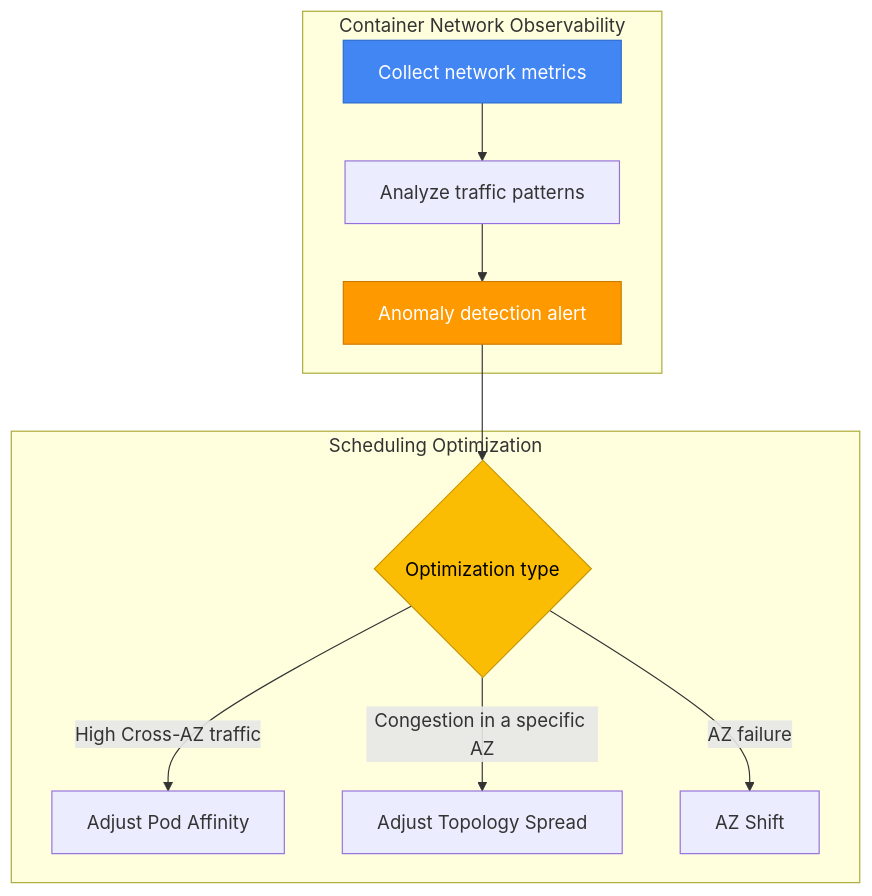
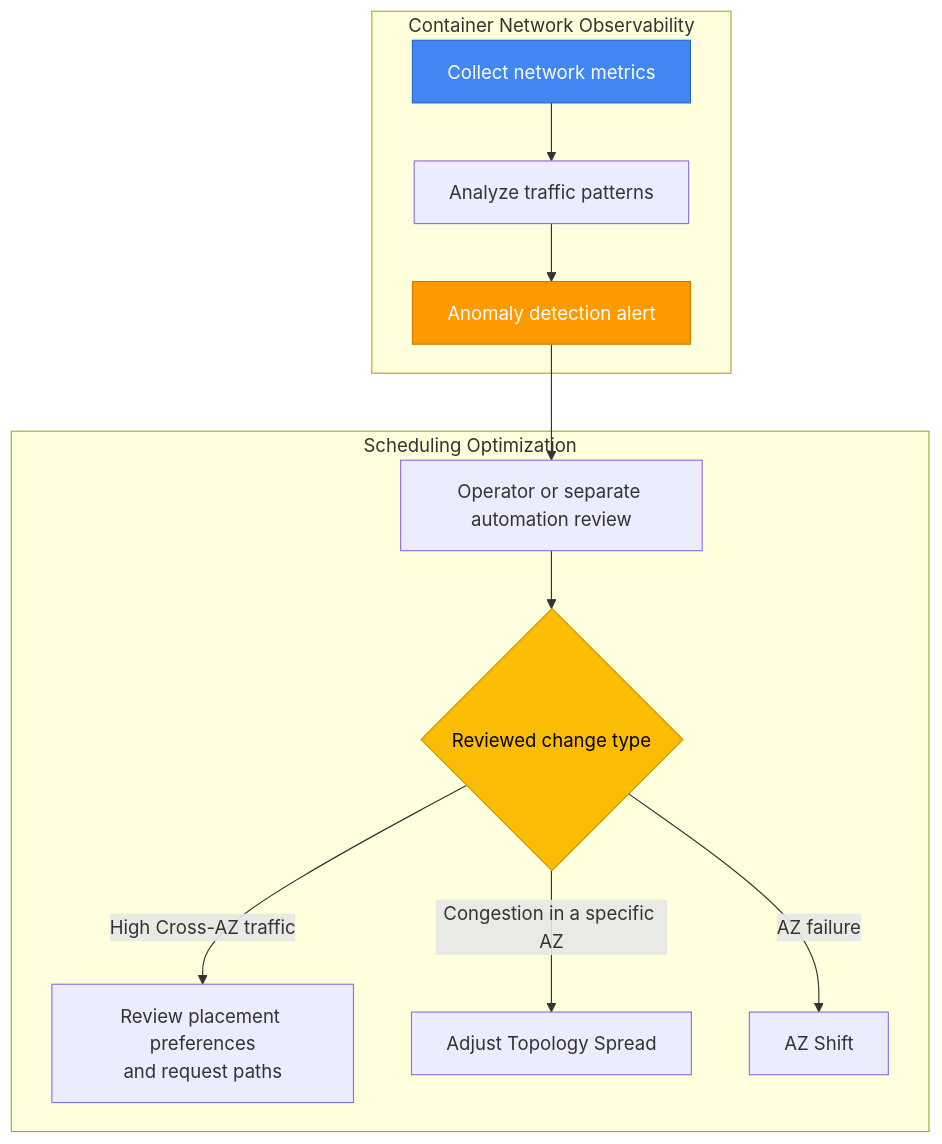
The tenth of 12 diagrams in i18n/en/docusaurus-plugin-content-docs/current/eks-best-practices/operations-reliability/eks-pod-scheduling-availability.md (devfloor9/engineering-playbook), drawn with Mermaid before and after one commit. The commit also changed other lines of this file and 3 other files, not shown here.

````diff
--- a/i18n/en/docusaurus-plugin-content-docs/current/eks-best-practices/operations-reliability/eks-pod-scheduling-availability.md
+++ b/i18n/en/docusaurus-plugin-content-docs/current/eks-best-practices/operations-reliability/eks-pod-scheduling-availability.md
@@ -4589,27 +4579,29 @@
 ```mermaid
 flowchart TB
     subgraph "Container Network Observability"
         METRICS[Collect network metrics]
         ANALYZE[Analyze traffic patterns]
         ALERT[Anomaly detection alert]
     end
 
     subgraph "Scheduling Optimization"
-        DECISION{Optimization type}
-        AFFINITY[Adjust Pod Affinity]
+        REVIEW[Operator or separate automation review]
+        DECISION{Reviewed change type}
+        AFFINITY[Review placement preferences<br/>and request paths]
         SPREAD[Adjust Topology Spread]
         SHIFT[AZ Shift]
     end
 
     METRICS --> ANALYZE
     ANALYZE --> ALERT
-    ALERT --> DECISION
+    ALERT --> REVIEW
+    REVIEW --> DECISION
 
     DECISION -->|High Cross-AZ traffic| AFFINITY
     DECISION -->|Congestion in a specific AZ| SPREAD
     DECISION -->|AZ failure| SHIFT
 
     style METRICS fill:#4286f4,stroke:#2a6acf,color:#fff
     style ALERT fill:#ff9900,stroke:#cc7a00,color:#fff
     style DECISION fill:#fbbc04,stroke:#c99603,color:#000
 ```
````
